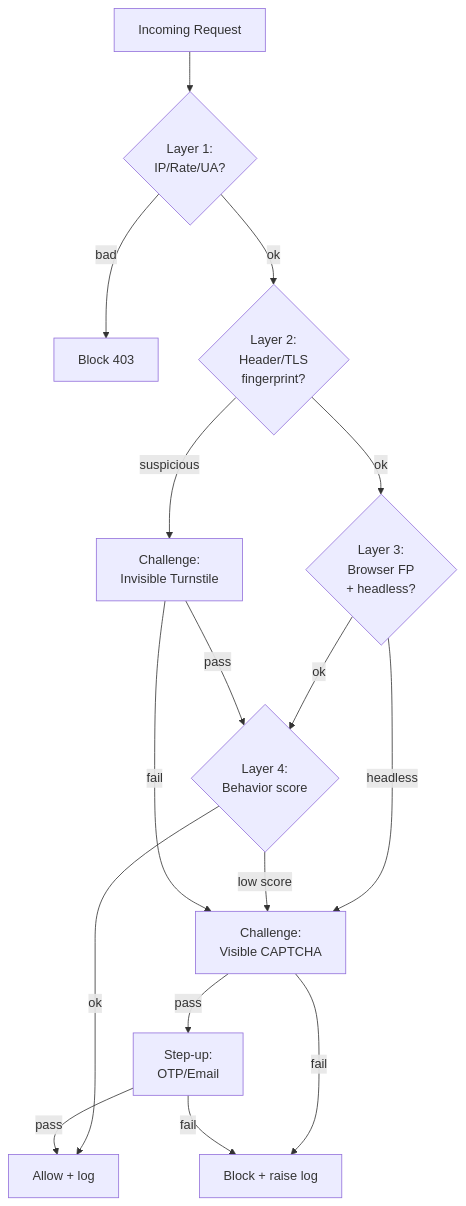
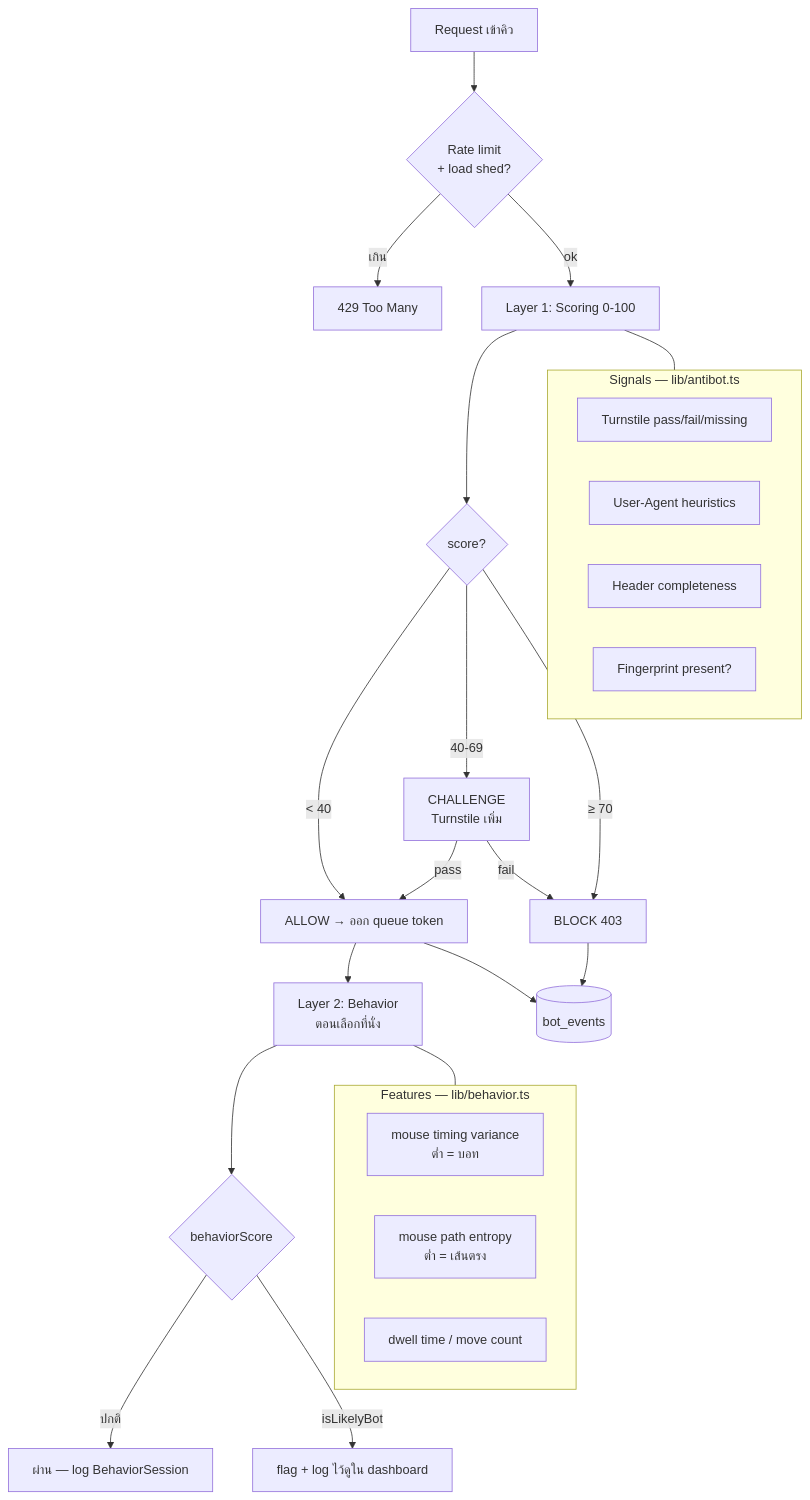
Before and after one commit to jakapobrs-oss/concert-antibot: the fourth of 11 diagrams in docs/05_DIAGRAMS.md, drawn with Mermaid. The commit also changed other lines of this file and 6 other files, not shown here.

First line of the commit message:
docs: sync diagrams กับ schema จริง + เพิ่ม ER exports

````diff
--- a/docs/05_DIAGRAMS.md
+++ b/docs/05_DIAGRAMS.md
@@ -144,18 +153,35 @@
 ```mermaid
 flowchart TD
-    REQ[Incoming Request] --> L1{Layer 1:<br/>IP/Rate/UA?}
-    L1 -- bad --> BLK1[Block 403]
-    L1 -- ok --> L2{Layer 2:<br/>Header/TLS<br/>fingerprint?}
-    L2 -- suspicious --> CH1[Challenge:<br/>Invisible Turnstile]
-    L2 -- ok --> L3{Layer 3:<br/>Browser FP<br/>+ headless?}
-    L3 -- headless --> CH2[Challenge:<br/>Visible CAPTCHA]
-    L3 -- ok --> L4{Layer 4:<br/>Behavior score}
-    L4 -- low score --> CH2
-    L4 -- ok --> ALLOW[Allow + log]
-    CH1 -- pass --> L4
-    CH1 -- fail --> CH2
-    CH2 -- pass --> STEP[Step-up:<br/>OTP/Email]
-    CH2 -- fail --> BLK2[Block + raise log]
-    STEP -- pass --> ALLOW
-    STEP -- fail --> BLK2
+    REQ[Request เข้าคิว] --> RL{Rate limit<br/>+ load shed?}
+    RL -- เกิน --> B429[429 Too Many]
+    RL -- ok --> L1[Layer 1: Scoring 0-100]
+
+    subgraph L1S["Signals — lib/antibot.ts"]
+        S1[Turnstile pass/fail/missing]
+        S2[User-Agent heuristics]
+        S3[Header completeness]
+        S4[Fingerprint present?]
+    end
+    L1 --- L1S
+
+    L1 --> DEC{score?}
+    DEC -- "&lt; 40" --> ALLOW[ALLOW → ออก queue token]
+    DEC -- "40-69" --> CH[CHALLENGE<br/>Turnstile เพิ่ม]
+    DEC -- "&ge; 70" --> BLK[BLOCK 403]
+    CH -- pass --> ALLOW
+    CH -- fail --> BLK
+
+    ALLOW --> L2[Layer 2: Behavior<br/>ตอนเลือกที่นั่ง]
+    subgraph L2S["Features — lib/behavior.ts"]
+        F1[mouse timing variance<br/>ต่ำ = บอท]
+        F2[mouse path entropy<br/>ต่ำ = เส้นตรง]
+        F3[dwell time / move count]
+    end
+    L2 --- L2S
+    L2 --> BS{behaviorScore}
+    BS -- ปกติ --> OK[ผ่าน — log BehaviorSession]
+    BS -- isLikelyBot --> FLAG[flag + log ไว้ดูใน dashboard]
+
+    BLK --> LOG[(bot_events)]
+    ALLOW --> LOG
 ```
````
